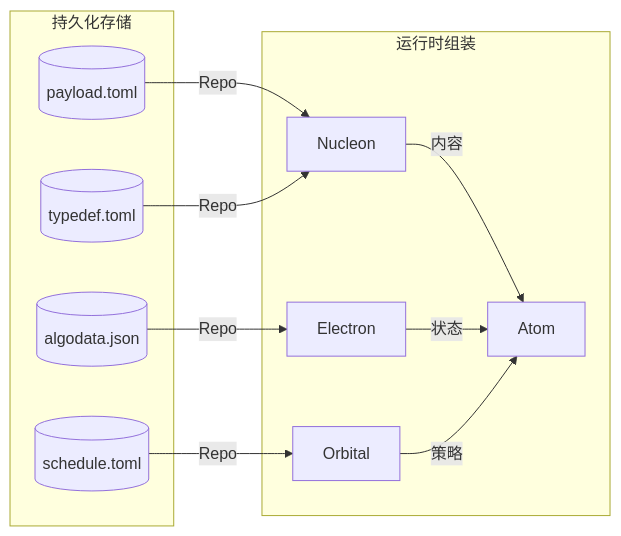
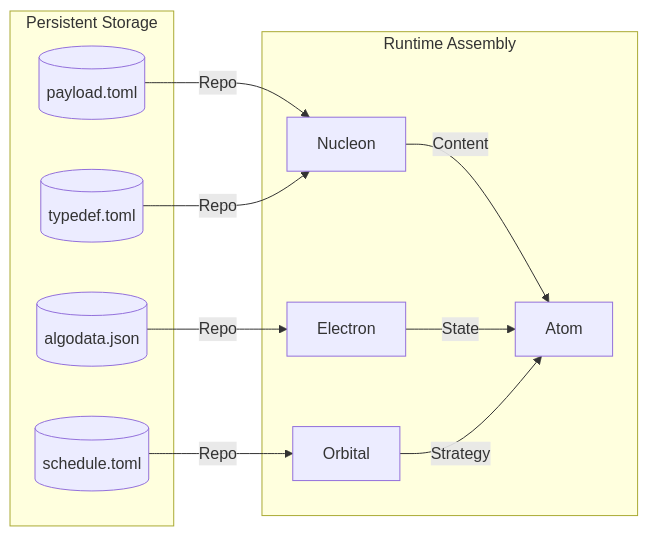
The second of 5 diagrams in ARCHITECTURE.md (pluvium27/HeurAMS), drawn with Mermaid before and after one commit. The commit also changed other lines of this file and 13 other files, not shown here.

````diff
--- a/ARCHITECTURE.md
+++ b/ARCHITECTURE.md
@@ -119,19 +119,19 @@
 ```mermaid
 graph LR
-    subgraph "持久化存储"
+    subgraph "Persistent Storage"
         Payload[(payload.toml)]
         Common[(typedef.toml)]
         Algodata[(algodata.json)]
         Schedule[(schedule.toml)]
     end
-    subgraph "运行时组装"
-        Nucleon -->|内容| Atom
-        Electron -->|状态| Atom
-        Orbital -->|策略| Atom
+    subgraph "Runtime Assembly"
+        Nucleon -->|Content| Atom
+        Electron -->|State| Atom
+        Orbital -->|Strategy| Atom
     end
 
     Payload -->|Repo| Nucleon
     Common -->|Repo| Nucleon
     Algodata -->|Repo| Electron
     Schedule -->|Repo| Orbital
 ```
````
